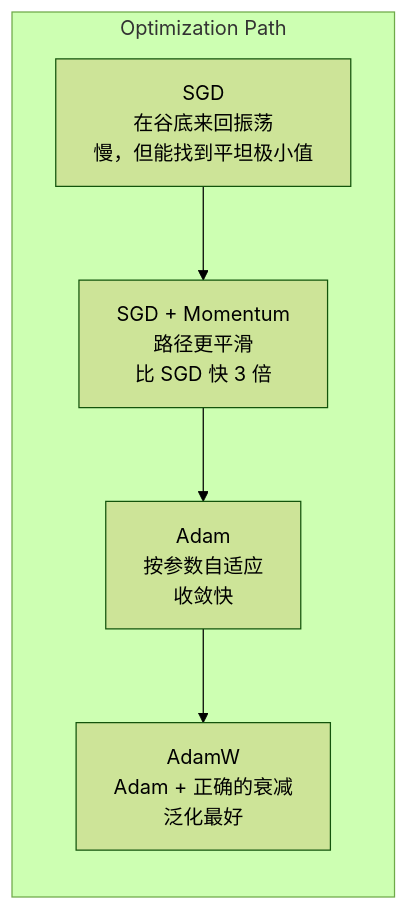
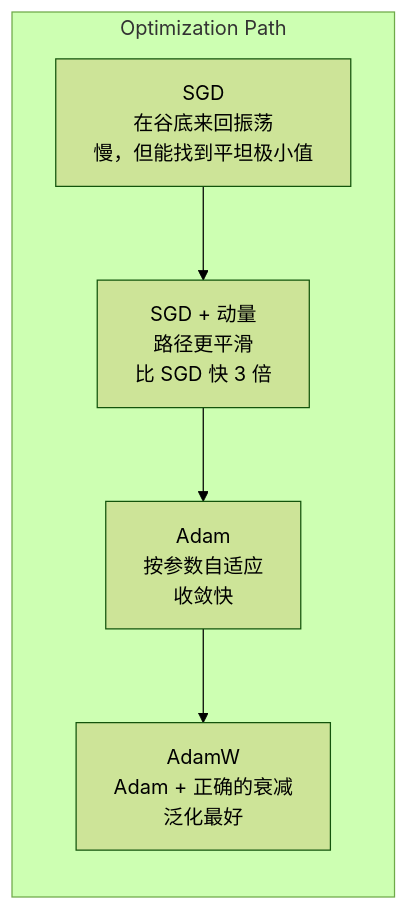
One commit to omigaZen/ai-engineering-from-scratch changed the second of 3 diagrams in phases/03-deep-learning-core/06-optimizers/docs/zh.md. Above: the diagram before and after it, drawn with Mermaid (forest theme). The commit also changed other lines of this file, not shown here.

````diff
--- a/phases/03-deep-learning-core/06-optimizers/docs/zh.md
+++ b/phases/03-deep-learning-core/06-optimizers/docs/zh.md
@@ -143,10 +143,10 @@
 ```mermaid
 flowchart LR
     subgraph "Optimization Path"
         SGD_P["SGD<br/>在谷底来回振荡<br/>慢，但能找到平坦极小值"]
-        Mom_P["SGD + Momentum<br/>路径更平滑<br/>比 SGD 快 3 倍"]
+        Mom_P["SGD + 动量<br/>路径更平滑<br/>比 SGD 快 3 倍"]
         Adam_P["Adam<br/>按参数自适应<br/>收敛快"]
         AdamW_P["AdamW<br/>Adam + 正确的衰减<br/>泛化最好"]
     end
     SGD_P --> Mom_P --> Adam_P --> AdamW_P
 ```
````
